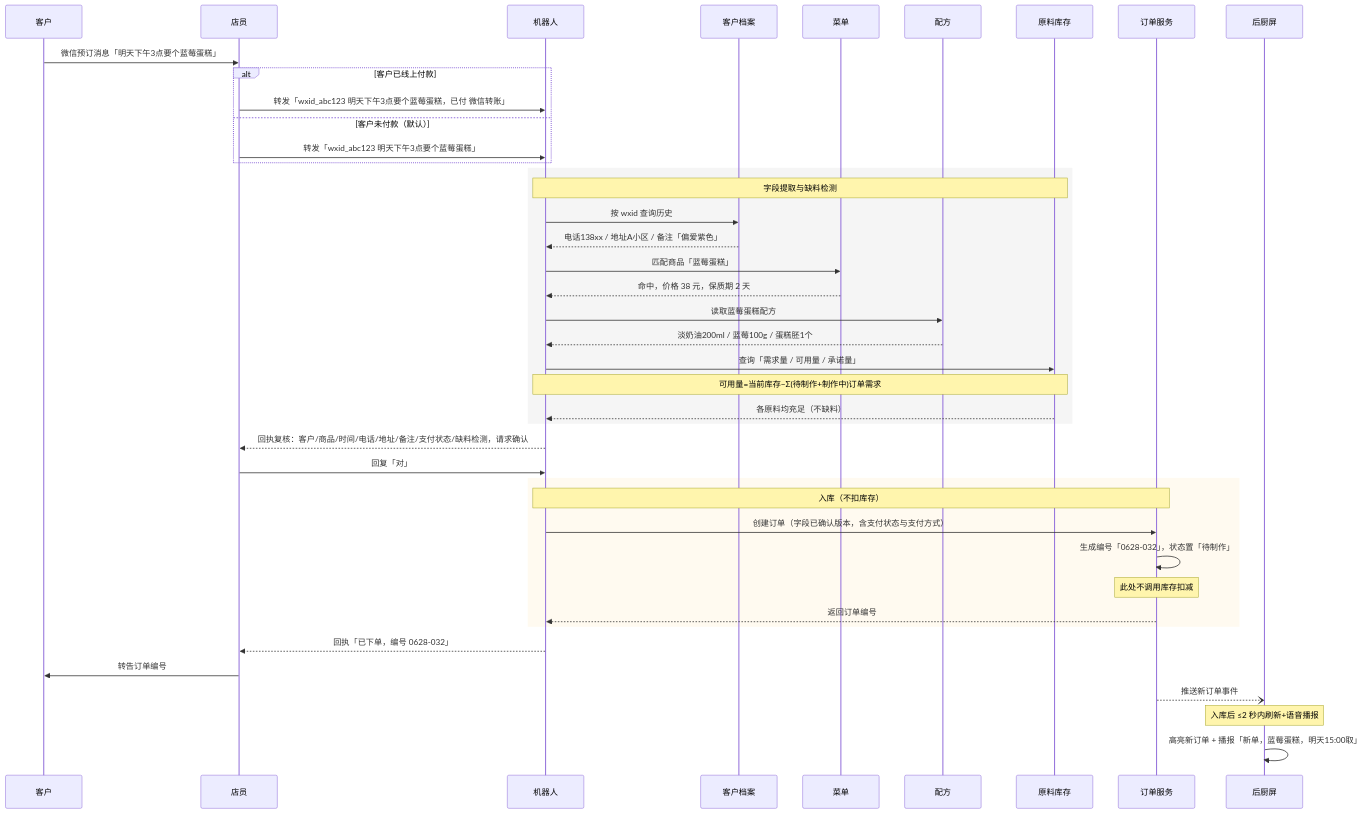
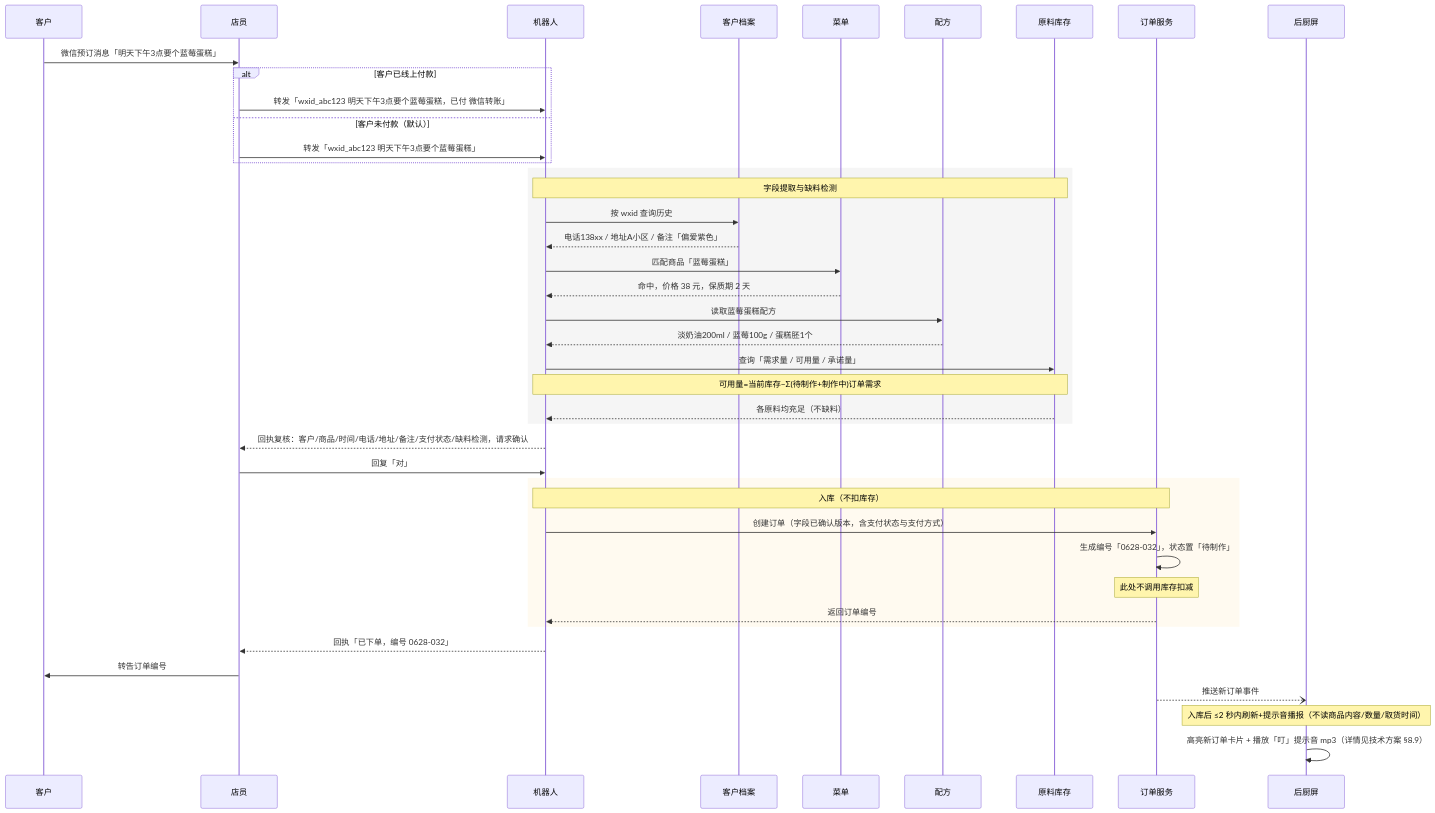
Before and after one commit to Antiqueeeee/cake-management: the first of 35 diagrams in docs/时序图.md, drawn with Mermaid. The commit also changed other lines of this file and 3 other files, not shown here.

First line of the commit message:
四份文档跨文档一致性 review：需求 v0.8.4 + 技术方案 v1.0.14 + 详细设计 v1.6.6 + 时序图 v1.4.3

````diff
--- a/docs/时序图.md
+++ b/docs/时序图.md
@@ -75,51 +75,51 @@
 ```mermaid
 sequenceDiagram
     participant 客户
     participant 店员
     participant 机器人
     participant 档案 as 客户档案
     participant 菜单
     participant 配方
     participant 库存 as 原料库存
     participant 订单 as 订单服务
     participant 屏 as 后厨屏
 
     客户->>店员: 微信预订消息「明天下午3点要个蓝莓蛋糕」
 
     alt 客户已线上付款
         店员->>机器人: 转发「wxid_abc123 明天下午3点要个蓝莓蛋糕，已付 微信转账」
     else 客户未付款（默认）
         店员->>机器人: 转发「wxid_abc123 明天下午3点要个蓝莓蛋糕」
     end
 
     rect rgb(245, 245, 245)
     Note over 机器人,库存: 字段提取与缺料检测
     机器人->>档案: 按 wxid 查询历史
     档案-->>机器人: 电话138xx / 地址A小区 / 备注「偏爱紫色」
     机器人->>菜单: 匹配商品「蓝莓蛋糕」
     菜单-->>机器人: 命中，价格 38 元，保质期 2 天
     机器人->>配方: 读取蓝莓蛋糕配方
     配方-->>机器人: 淡奶油200ml / 蓝莓100g / 蛋糕胚1个
     机器人->>库存: 查询「需求量 / 可用量 / 承诺量」
     Note over 机器人,库存: 可用量=当前库存−Σ(待制作+制作中)订单需求
     库存-->>机器人: 各原料均充足（不缺料）
     end
 
     机器人-->>店员: 回执复核：客户/商品/时间/电话/地址/备注/支付状态/缺料检测，请求确认
     店员->>机器人: 回复「对」
 
     rect rgb(255, 250, 240)
     Note over 机器人,订单: 入库（不扣库存）
     机器人->>订单: 创建订单（字段已确认版本，含支付状态与支付方式）
     订单->>订单: 生成编号「0628-032」，状态置「待制作」
     Note over 订单: 此处不调用库存扣减
     订单-->>机器人: 返回订单编号
     end
 
     机器人-->>店员: 回执「已下单，编号 0628-032」
     店员->>客户: 转告订单编号
 
     订单--)屏: 推送新订单事件
-    Note over 屏: 入库后 ≤2 秒内刷新+语音播报
-    屏->>屏: 高亮新订单 + 播报「新单，蓝莓蛋糕，明天15:00取」
+    Note over 屏: 入库后 ≤2 秒内刷新+提示音播报（不读商品内容/数量/取货时间）
+    屏->>屏: 高亮新订单卡片 + 播放「叮」提示音 mp3（详情见技术方案 §8.9）
 ```
````
